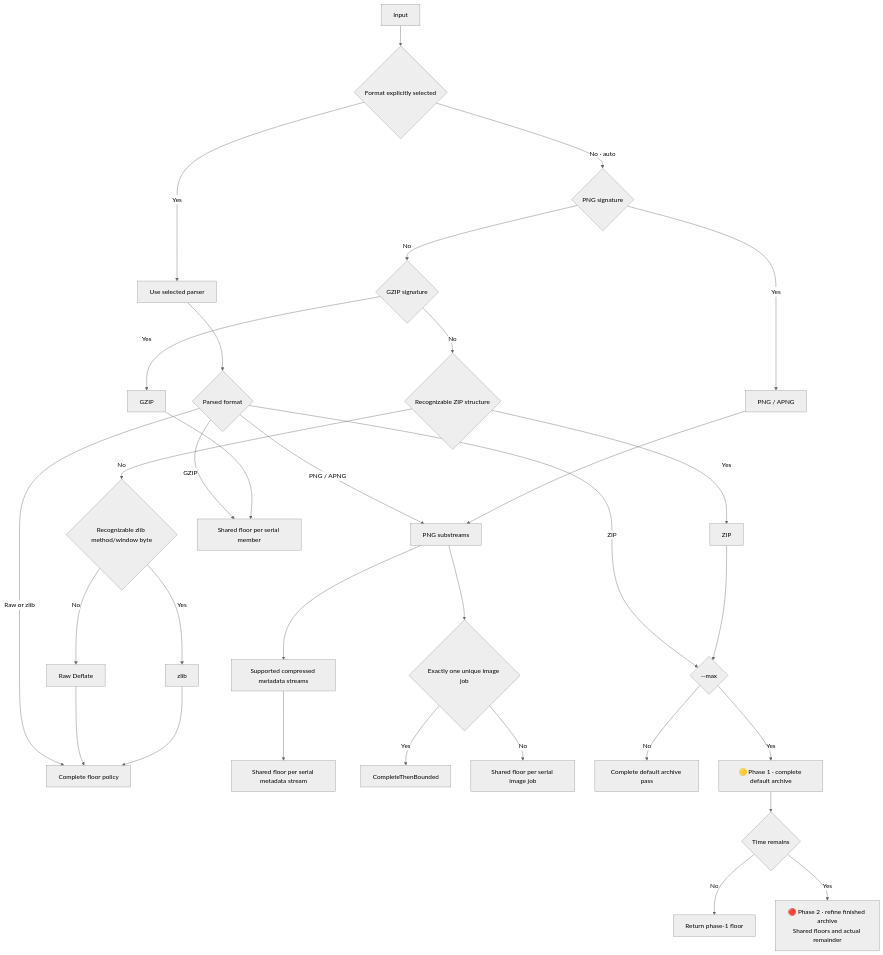
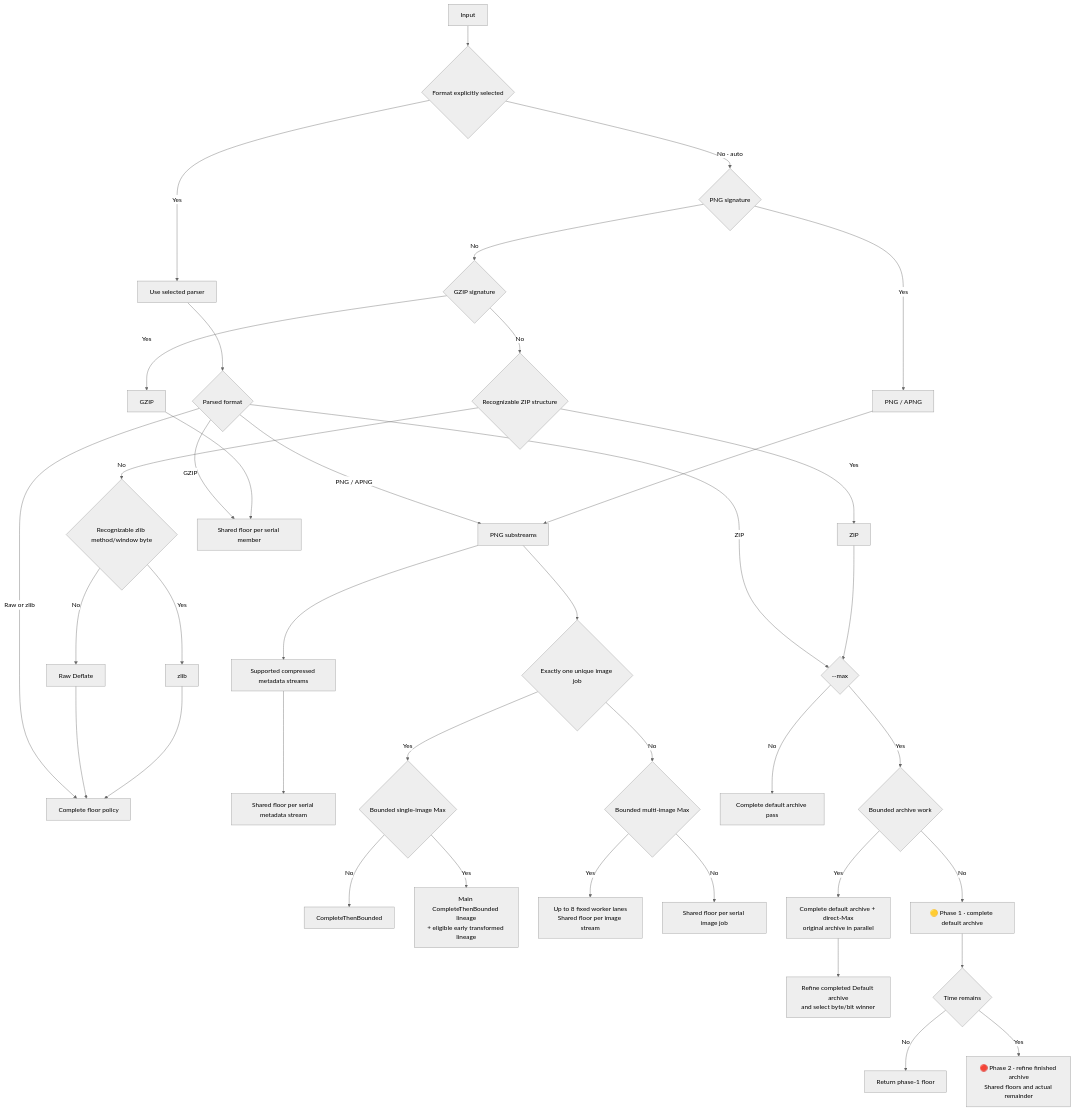
The second of 6 diagrams in docs/routes-and-methods.md (ace-dent/columbo), drawn with Mermaid (neutral theme) before and after one commit. The commit also changed other lines of this file and 9 other files, not shown here.

````diff
--- a/docs/routes-and-methods.md
+++ b/docs/routes-and-methods.md
@@ -108,36 +109,43 @@
 ```mermaid
 flowchart TD
     IN["Input"] --> EXPLICIT{"Format explicitly selected"}
     EXPLICIT -- "Yes" --> PARSER["Use selected parser"]
     EXPLICIT -- "No · auto" --> PNG{"PNG signature"}
     PNG -- "Yes" --> PPNG["PNG / APNG"]
     PNG -- "No" --> GZ{"GZIP signature"}
     GZ -- "Yes" --> PGZ["GZIP"]
     GZ -- "No" --> ZIP{"Recognizable ZIP structure"}
     ZIP -- "Yes" --> PZIP["ZIP"]
     ZIP -- "No" --> ZL{"Recognizable zlib method/window byte"}
     ZL -- "Yes" --> PZL["zlib"]
     ZL -- "No" --> PRAW["Raw Deflate"]
 
     PARSER --> POLICY{"Parsed format"}
     POLICY -- "Raw or zlib" --> COMPLETE
     POLICY -- "GZIP" --> SHARED
     POLICY -- "PNG / APNG" --> PPNGROUTES["PNG substreams"]
     POLICY -- "ZIP" --> ZMAX
     PRAW --> COMPLETE["Complete floor policy"]
     PZL --> COMPLETE
     PGZ --> SHARED["Shared floor per serial member"]
     PPNG --> PPNGROUTES
     PPNGROUTES --> PMETA["Supported compressed metadata streams"]
     PMETA --> SHAREDMETA["Shared floor per serial metadata stream"]
     PPNGROUTES --> PJOBS{"Exactly one unique image job"}
-    PJOBS -- "Yes" --> CTB["CompleteThenBounded"]
-    PJOBS -- "No" --> SHAREDPNG["Shared floor per serial image job"]
+    PJOBS -- "Yes" --> PMAX{"Bounded single-image Max"}
+    PMAX -- "No" --> CTB["CompleteThenBounded"]
+    PMAX -- "Yes" --> PRACE["Main CompleteThenBounded lineage<br/>+ eligible early transformed lineage"]
+    PJOBS -- "No" --> PAPNGB{"Bounded multi-image Max"}
+    PAPNGB -- "Yes" --> PPAR["Up to 8 fixed worker lanes<br/>Shared floor per image stream"]
+    PAPNGB -- "No" --> SHAREDPNG["Shared floor per serial image job"]
     PZIP --> ZMAX{"--max"}
     ZMAX -- "No" --> ZDEFAULT["Complete default archive pass"]
-    ZMAX -- "Yes" --> ZPHASE1["🟡 Phase 1 · complete default archive"]
+    ZMAX -- "Yes" --> ZBOUND{"Bounded archive work"}
+    ZBOUND -- "Yes" --> ZRACE["Complete default archive + direct-Max<br/>original archive in parallel"]
+    ZRACE --> ZREFINE["Refine completed Default archive<br/>and select byte/bit winner"]
+    ZBOUND -- "No" --> ZPHASE1["🟡 Phase 1 · complete default archive"]
     ZPHASE1 --> ZTIME{"Time remains"}
     ZTIME -- "No" --> ZWIN["Return phase-1 floor"]
     ZTIME -- "Yes" --> ZPHASE2["🔴 Phase 2 · refine finished archive<br/>Shared floors and actual remainder"]
 
 ```
````
